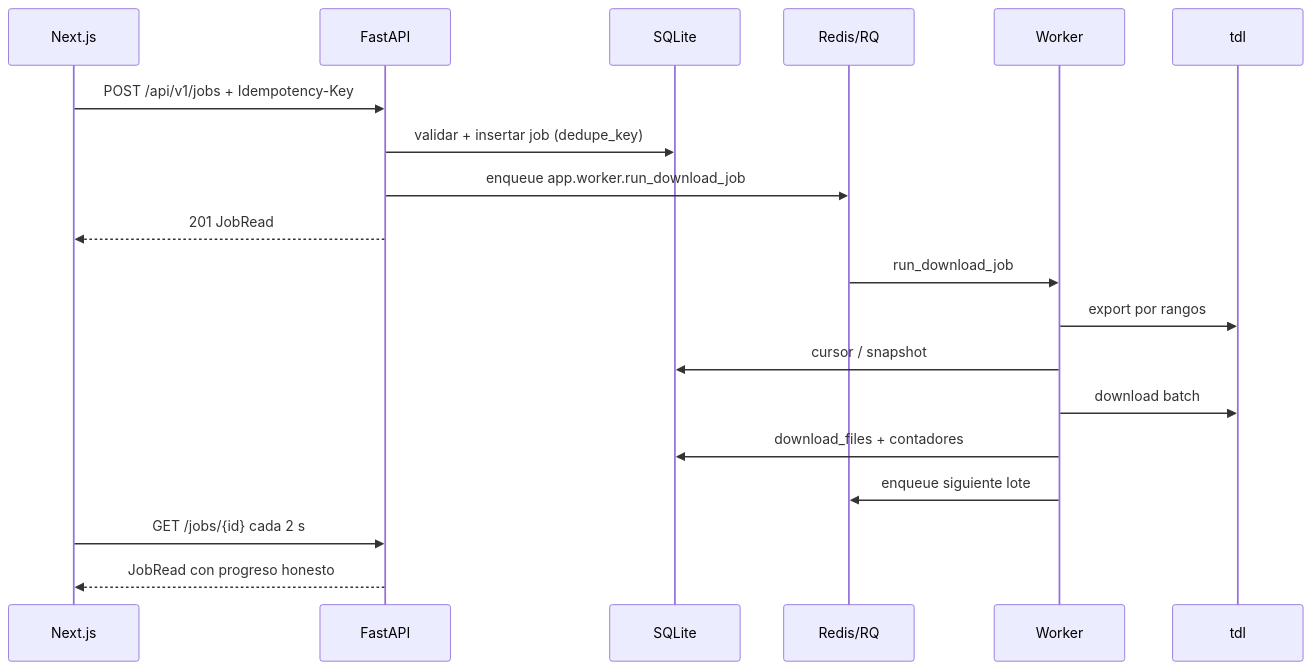
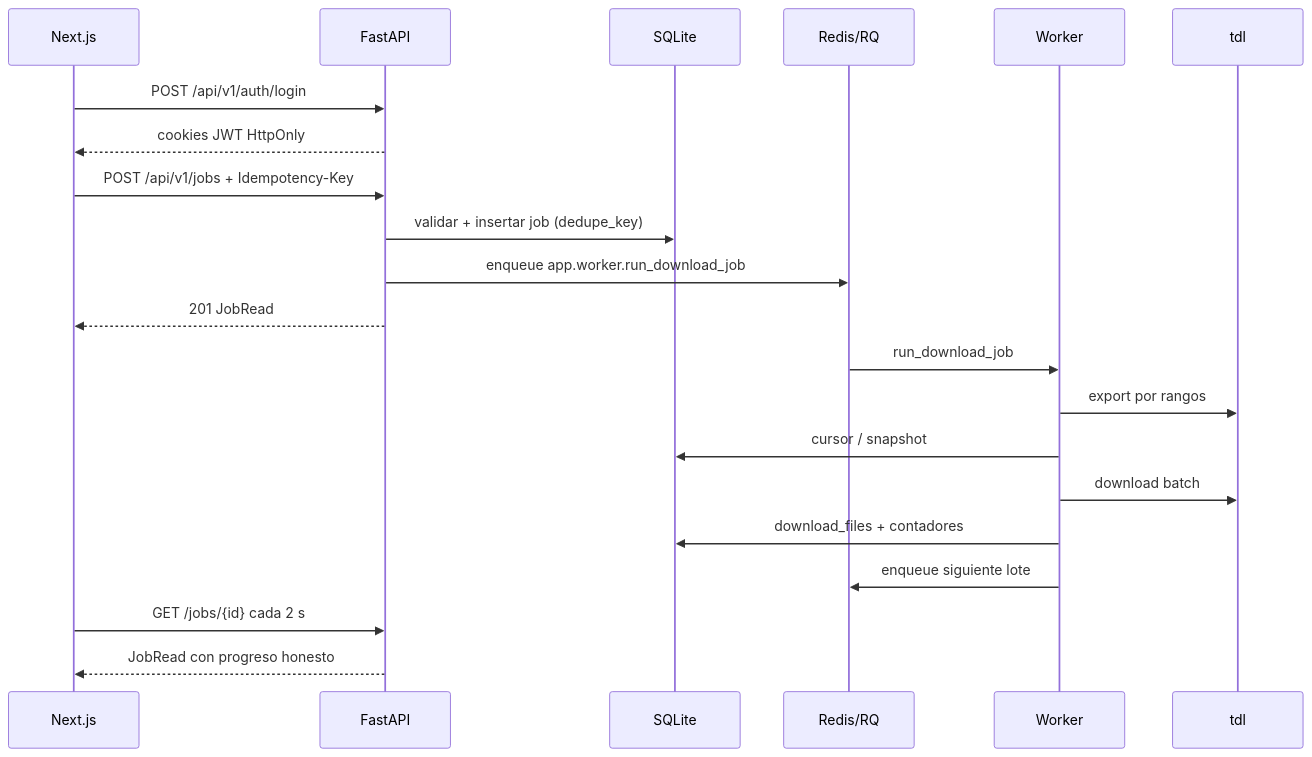
The second of 3 diagrams in docs/architecture/target-state.md (overhang1275/tdl-web-next), drawn with Mermaid before and after one commit. The commit also changed other lines of this file and 4 other files, not shown here.

````diff
--- a/docs/architecture/target-state.md
+++ b/docs/architecture/target-state.md
@@ -150,22 +153,24 @@
 ```mermaid
 sequenceDiagram
   participant UI as Next.js
   participant API as FastAPI
   participant DB as SQLite
   participant R as Redis/RQ
   participant W as Worker
   participant T as tdl
 
+  UI->>API: POST /api/v1/auth/login
+  API-->>UI: cookies JWT HttpOnly
   UI->>API: POST /api/v1/jobs + Idempotency-Key
   API->>DB: validar + insertar job (dedupe_key)
   API->>R: enqueue app.worker.run_download_job
   API-->>UI: 201 JobRead
   R->>W: run_download_job
   W->>T: export por rangos
   W->>DB: cursor / snapshot
   W->>T: download batch
   W->>DB: download_files + contadores
   W->>R: enqueue siguiente lote
   UI->>API: GET /jobs/{id} cada 2 s
   API-->>UI: JobRead con progreso honesto
 ```
````
